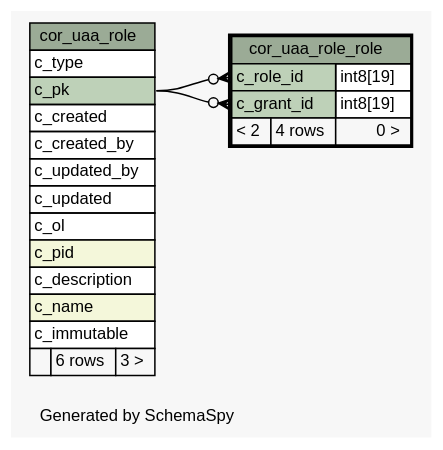
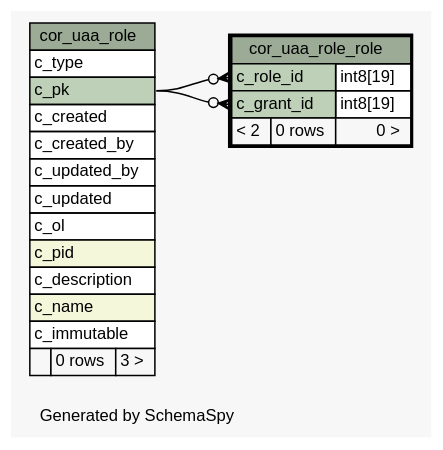
One commit to openwms/org.openwms.core.uaa changed the diagram in 2.0.0-SNAPSHOT/schemaspy/diagrams/cor_uaa_role_role.1degree.dot. Above: the diagram before and after it, drawn with Graphviz. The commit also changed 352 other files, not shown here.

```diff
--- a/2.0.0-SNAPSHOT/schemaspy/diagrams/cor_uaa_role_role.1degree.dot
+++ b/2.0.0-SNAPSHOT/schemaspy/diagrams/cor_uaa_role_role.1degree.dot
@@ -1,55 +1,55 @@
-// dot 2.43.0 on Linux 5.13.0-1029-azure
+// dot 2.43.0 on Linux 5.15.0-1020-azure
 // SchemaSpy rev Unknown
 digraph "oneDegreeRelationshipsDiagram" {
   graph [
     rankdir="RL"
     bgcolor="#f7f7f7"
     label="\nGenerated by SchemaSpy"
     labeljust="l"
     nodesep="0.18"
     ranksep="0.46"
     fontname="Helvetica"
     fontsize="11"
   ];
   node [
     fontname="Helvetica"
     fontsize="11"
     shape="plaintext"
   ];
   edge [
     arrowsize="0.8"
   ];
   "cor_uaa_role_role":"c_grant_id":w -> "cor_uaa_role":"c_pk":e [arrowhead=none dir=back arrowtail=crowodot];
   "cor_uaa_role_role":"c_role_id":w -> "cor_uaa_role":"c_pk":e [arrowhead=none dir=back arrowtail=crowodot];
   "cor_uaa_role" [
     label=<
     <TABLE BORDER="0" CELLBORDER="1" CELLSPACING="0" BGCOLOR="#ffffff">
       <TR><TD COLSPAN="3" BGCOLOR="#9bab96" ALIGN="CENTER">cor_uaa_role</TD></TR>
       <TR><TD PORT="c_type" COLSPAN="3" ALIGN="LEFT">c_type</TD></TR>
       <TR><TD PORT="c_pk" COLSPAN="3" BGCOLOR="#bed1b8" ALIGN="LEFT">c_pk</TD></TR>
       <TR><TD PORT="c_created" COLSPAN="3" ALIGN="LEFT">c_created</TD></TR>
       <TR><TD PORT="c_created_by" COLSPAN="3" ALIGN="LEFT">c_created_by</TD></TR>
       <TR><TD PORT="c_updated_by" COLSPAN="3" ALIGN="LEFT">c_updated_by</TD></TR>
       <TR><TD PORT="c_updated" COLSPAN="3" ALIGN="LEFT">c_updated</TD></TR>
       <TR><TD PORT="c_ol" COLSPAN="3" ALIGN="LEFT">c_ol</TD></TR>
       <TR><TD PORT="c_pid" COLSPAN="3" BGCOLOR="#f4f7da" ALIGN="LEFT">c_pid</TD></TR>
       <TR><TD PORT="c_description" COLSPAN="3" ALIGN="LEFT">c_description</TD></TR>
       <TR><TD PORT="c_name" COLSPAN="3" BGCOLOR="#f4f7da" ALIGN="LEFT">c_name</TD></TR>
       <TR><TD PORT="c_immutable" COLSPAN="3" ALIGN="LEFT">c_immutable</TD></TR>
-      <TR><TD ALIGN="LEFT" BGCOLOR="#f7f7f7">  </TD><TD ALIGN="RIGHT" BGCOLOR="#f7f7f7">6 rows</TD><TD ALIGN="RIGHT" BGCOLOR="#f7f7f7">3 &gt;</TD></TR>
+      <TR><TD ALIGN="LEFT" BGCOLOR="#f7f7f7">  </TD><TD ALIGN="RIGHT" BGCOLOR="#f7f7f7">0 rows</TD><TD ALIGN="RIGHT" BGCOLOR="#f7f7f7">3 &gt;</TD></TR>
     </TABLE>>
     URL="cor_uaa_role.html"
     tooltip="cor_uaa_role"
   ];
   "cor_uaa_role_role" [
     label=<
     <TABLE BORDER="2" CELLBORDER="1" CELLSPACING="0" BGCOLOR="#ffffff">
       <TR><TD COLSPAN="3" BGCOLOR="#9bab96" ALIGN="CENTER">cor_uaa_role_role</TD></TR>
       <TR><TD PORT="c_role_id" COLSPAN="2" BGCOLOR="#bed1b8" ALIGN="LEFT">c_role_id</TD><TD PORT="c_role_id.type" ALIGN="LEFT">int8[19]</TD></TR>
       <TR><TD PORT="c_grant_id" COLSPAN="2" BGCOLOR="#bed1b8" ALIGN="LEFT">c_grant_id</TD><TD PORT="c_grant_id.type" ALIGN="LEFT">int8[19]</TD></TR>
-      <TR><TD ALIGN="LEFT" BGCOLOR="#f7f7f7">&lt; 2</TD><TD ALIGN="RIGHT" BGCOLOR="#f7f7f7">4 rows</TD><TD ALIGN="RIGHT" BGCOLOR="#f7f7f7">0 &gt;</TD></TR>
+      <TR><TD ALIGN="LEFT" BGCOLOR="#f7f7f7">&lt; 2</TD><TD ALIGN="RIGHT" BGCOLOR="#f7f7f7">0 rows</TD><TD ALIGN="RIGHT" BGCOLOR="#f7f7f7">0 &gt;</TD></TR>
     </TABLE>>
     URL="cor_uaa_role_role.html"
     tooltip="cor_uaa_role_role"
   ];
 }
```
